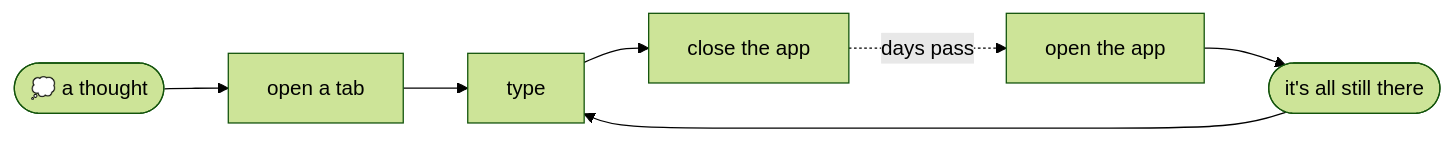
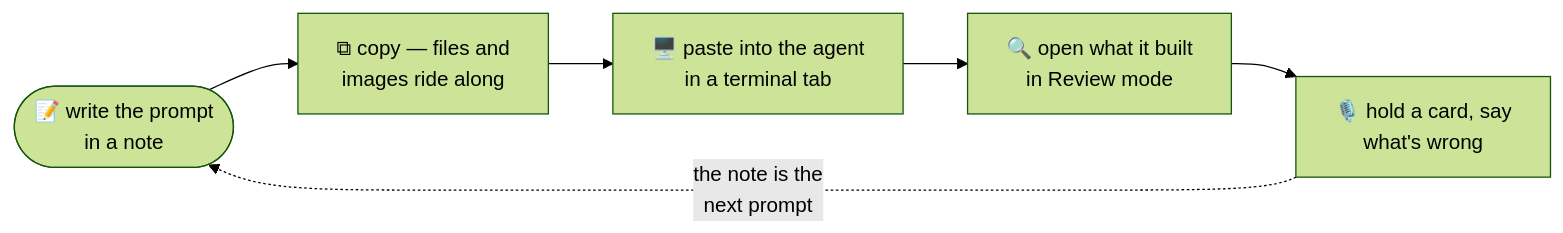
The diagram in README.md (l-small-tech/md-notepad), drawn with Mermaid (forest theme) before and after one commit. The commit also changed other lines of this file and 2 other files, not shown here.

````diff
--- a/README.md
+++ b/README.md
@@ -44,9 +53,8 @@
 ```mermaid
 flowchart LR
-    A([💭 a thought]) --> B[open a tab]
-    B --> C[type]
-    C --> D[close the app]
-    D -. days pass .-> E[open the app]
-    E --> F([it's all still there])
-    F --> C
+    W([📝 write the prompt<br/>in a note]) --> C[⧉ copy — files and<br/>images ride along]
+    C --> R[🖥️ paste into the agent<br/>in a terminal tab]
+    R --> V[🔍 open what it built<br/>in Review mode]
+    V --> N[🎙️ hold a card, say<br/>what's wrong]
+    N -. the note is the<br/>next prompt .-> W
 ```
````
